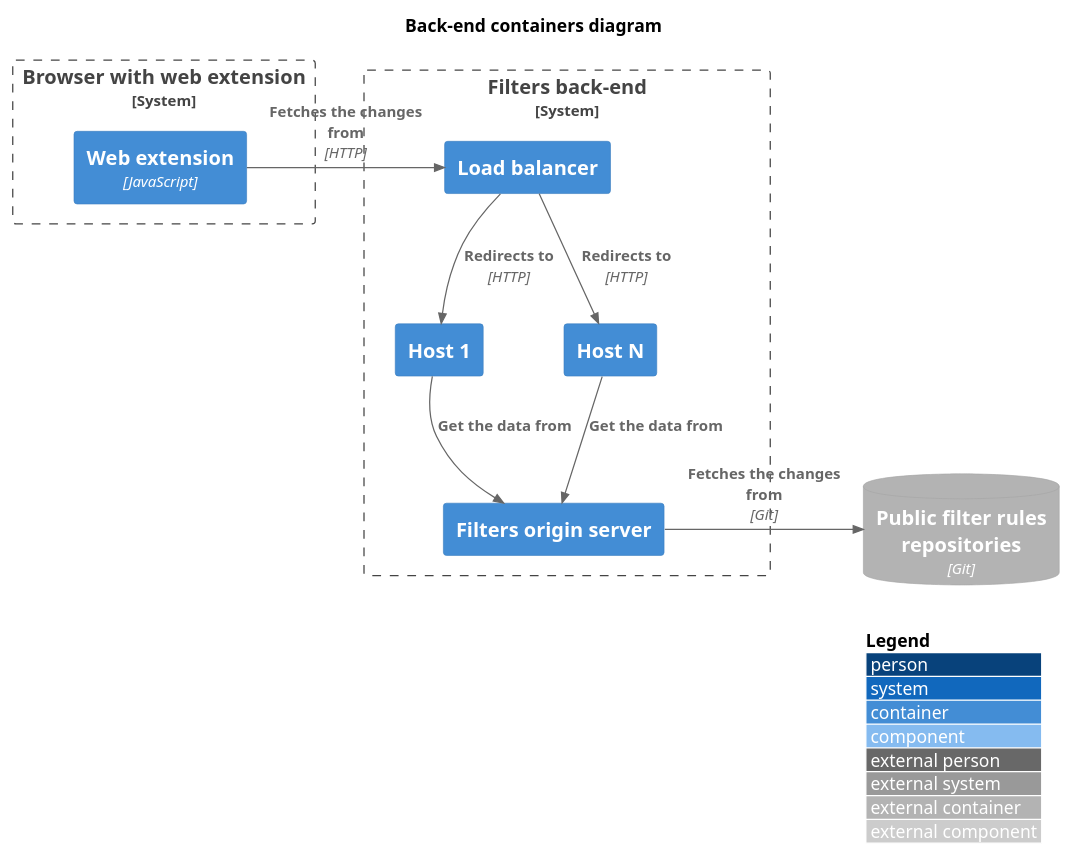
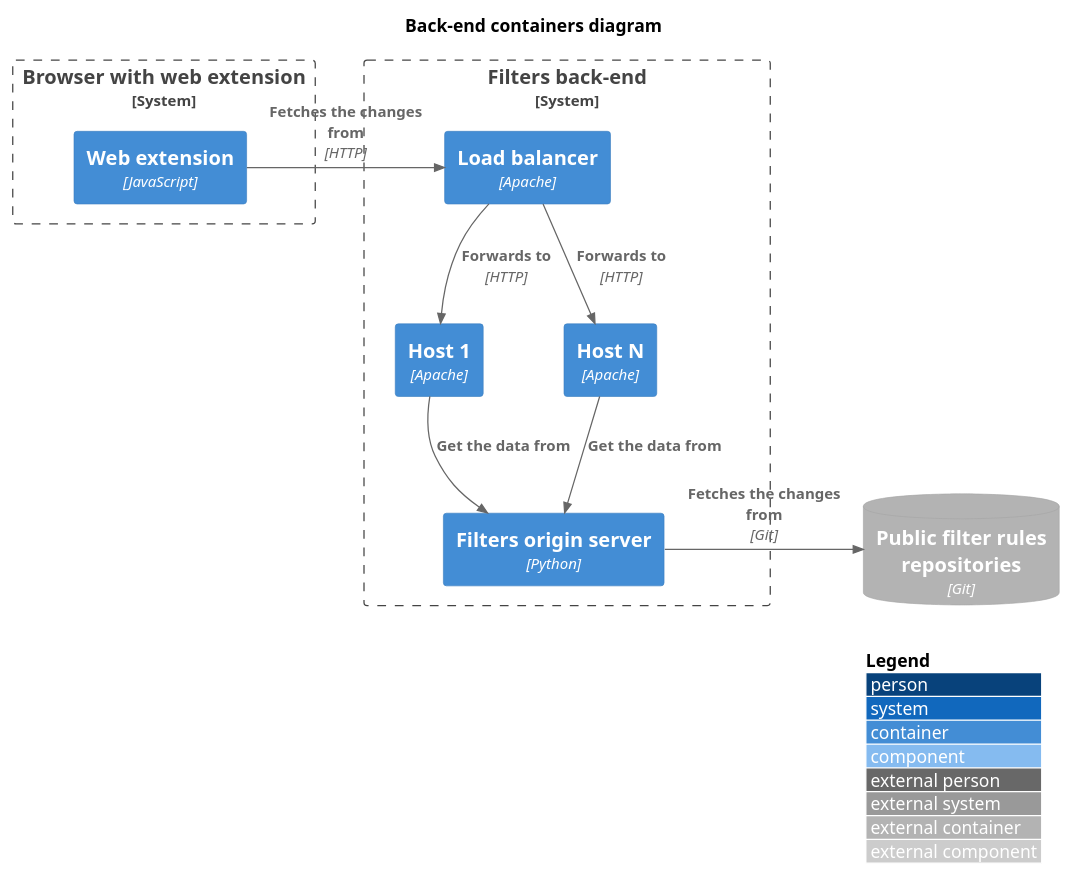
One commit to 4ntoine/mv3_spec_c4 changed the diagram in containers_backend.puml. Above: the diagram before and after it, drawn with PlantUML. The commit also changed 2 other files, not shown here.

```diff
--- a/containers_backend.puml
+++ b/containers_backend.puml
@@ -1,30 +1,30 @@
 @startuml
 !include https://raw.githubusercontent.com/plantuml-stdlib/C4-PlantUML/master/C4_Context.puml
 !include https://raw.githubusercontent.com/plantuml-stdlib/C4-PlantUML/master/C4_Container.puml
 !include https://raw.githubusercontent.com/plantuml-stdlib/C4-PlantUML/master/C4_Component.puml
 
 title Back-end containers diagram
 LAYOUT_WITH_LEGEND()
 
 ' system itself
 System_Boundary(browser, "Browser with web extension") {
   Container(webExt, "Web extension", "JavaScript")
 }
 
 System_Boundary(backEndContainer, "Filters back-end") {
-  Container(loadBalancer, "Load balancer", "")
-  Container(host1, "Host 1", "")
-  Container(hostN, "Host N", "")
-  Container(filterServer, "Filters origin server", "")
+  Container(loadBalancer, "Load balancer", "Apache")
+  Container(host1, "Host 1", "Apache")
+  Container(hostN, "Host N", "Apache")
+  Container(filterServer, "Filters origin server", "Python")
 }
 
 ContainerDb_Ext(gitRepo, "Public filter rules repositories", "Git")
 
 ' relations
 Rel_R(webExt, loadBalancer, "Fetches the changes from", "HTTP")
-Rel_D(loadBalancer, host1, "Redirects to", "HTTP")
-Rel_D(loadBalancer, hostN, "Redirects to", "HTTP")
+Rel_D(loadBalancer, host1, "Forwards to", "HTTP")
+Rel_D(loadBalancer, hostN, "Forwards to", "HTTP")
 Rel_D(host1, filterServer, "Get the data from")
 Rel_D(hostN, filterServer, "Get the data from")
 Rel_R(filterServer, gitRepo, "Fetches the changes from", "Git")
 @enduml
```
